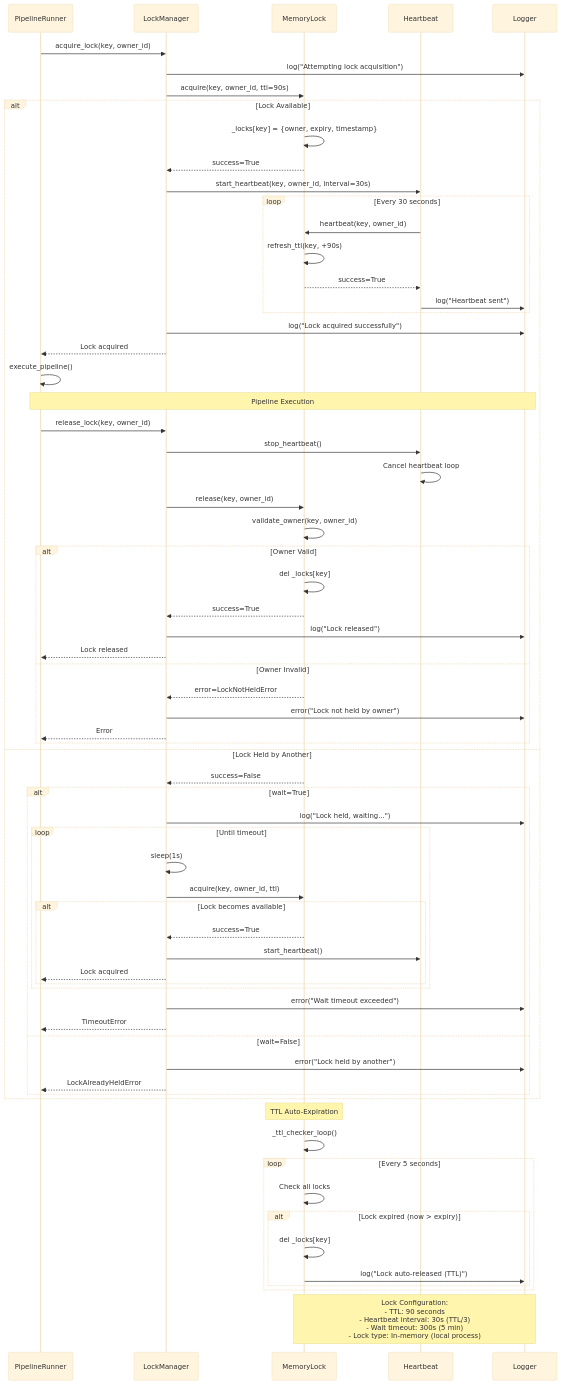
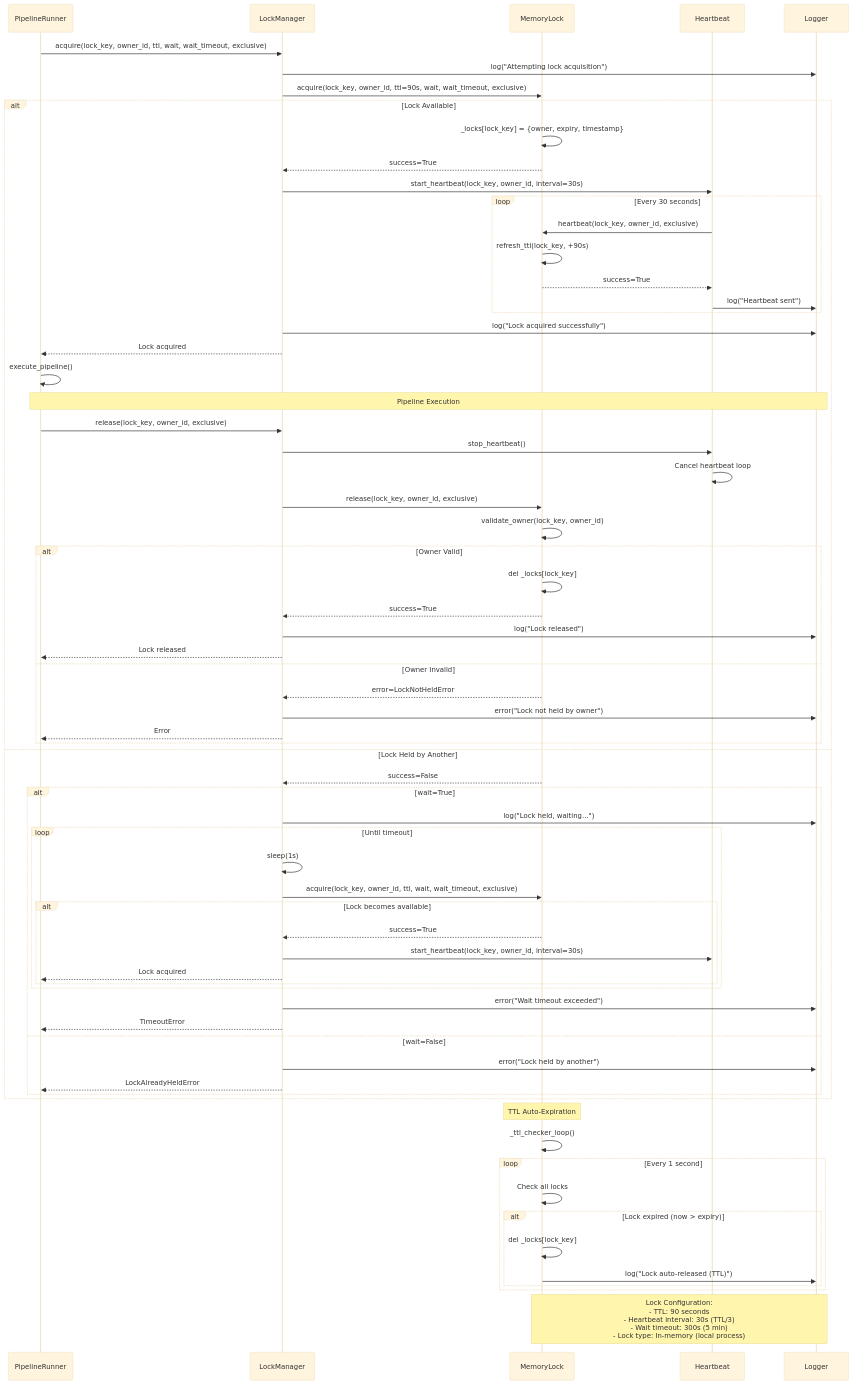
The diagram in docs/diagrams/mermaid/21_lock_acquisition_flow.mmd (SatoryKono/BioactivityDataAcquisition), drawn with Mermaid before and after one commit.

Commit message:
docs(diagrams): align lock acquisition flow with api

```diff
--- a/docs/diagrams/mermaid/21_lock_acquisition_flow.mmd
+++ b/docs/diagrams/mermaid/21_lock_acquisition_flow.mmd
@@ -1,93 +1,93 @@
 %%{init: {'theme':'base', 'themeVariables': { 'fontSize':'13px'}}}%%
 sequenceDiagram
     participant PipelineRunner
     participant LockManager
     participant MemoryLock
     participant Heartbeat
     participant Logger
 
-    PipelineRunner->>LockManager: acquire_lock(key, owner_id)
+    PipelineRunner->>LockManager: acquire(lock_key, owner_id, ttl, wait, wait_timeout, exclusive)
 
     LockManager->>Logger: log("Attempting lock acquisition")
 
-    LockManager->>MemoryLock: acquire(key, owner_id, ttl=90s)
+    LockManager->>MemoryLock: acquire(lock_key, owner_id, ttl=90s, wait, wait_timeout, exclusive)
 
     alt Lock Available
-        MemoryLock->>MemoryLock: _locks[key] = {owner, expiry, timestamp}
+        MemoryLock->>MemoryLock: _locks[lock_key] = {owner, expiry, timestamp}
         MemoryLock-->>LockManager: success=True
 
-        LockManager->>Heartbeat: start_heartbeat(key, owner_id, interval=30s)
+        LockManager->>Heartbeat: start_heartbeat(lock_key, owner_id, interval=30s)
 
         loop Every 30 seconds
-            Heartbeat->>MemoryLock: heartbeat(key, owner_id)
-            MemoryLock->>MemoryLock: refresh_ttl(key, +90s)
+            Heartbeat->>MemoryLock: heartbeat(lock_key, owner_id, exclusive)
+            MemoryLock->>MemoryLock: refresh_ttl(lock_key, +90s)
             MemoryLock-->>Heartbeat: success=True
             Heartbeat->>Logger: log("Heartbeat sent")
         end
 
         LockManager->>Logger: log("Lock acquired successfully")
         LockManager-->>PipelineRunner: Lock acquired
 
         PipelineRunner->>PipelineRunner: execute_pipeline()
 
         Note over PipelineRunner,Logger: Pipeline Execution
 
-        PipelineRunner->>LockManager: release_lock(key, owner_id)
+        PipelineRunner->>LockManager: release(lock_key, owner_id, exclusive)
 
         LockManager->>Heartbeat: stop_heartbeat()
         Heartbeat->>Heartbeat: Cancel heartbeat loop
 
-        LockManager->>MemoryLock: release(key, owner_id)
+        LockManager->>MemoryLock: release(lock_key, owner_id, exclusive)
 
-        MemoryLock->>MemoryLock: validate_owner(key, owner_id)
+        MemoryLock->>MemoryLock: validate_owner(lock_key, owner_id)
 
         alt Owner Valid
-            MemoryLock->>MemoryLock: del _locks[key]
+            MemoryLock->>MemoryLock: del _locks[lock_key]
             MemoryLock-->>LockManager: success=True
             LockManager->>Logger: log("Lock released")
             LockManager-->>PipelineRunner: Lock released
         else Owner Invalid
             MemoryLock-->>LockManager: error=LockNotHeldError
             LockManager->>Logger: error("Lock not held by owner")
             LockManager-->>PipelineRunner: Error
         end
 
     else Lock Held by Another
         MemoryLock-->>LockManager: success=False
 
         alt wait=True
             LockManager->>Logger: log("Lock held, waiting...")
 
             loop Until timeout
                 LockManager->>LockManager: sleep(1s)
-                LockManager->>MemoryLock: acquire(key, owner_id, ttl)
+                LockManager->>MemoryLock: acquire(lock_key, owner_id, ttl, wait, wait_timeout, exclusive)
 
                 alt Lock becomes available
                     MemoryLock-->>LockManager: success=True
-                    LockManager->>Heartbeat: start_heartbeat()
+                    LockManager->>Heartbeat: start_heartbeat(lock_key, owner_id, interval=30s)
                     LockManager-->>PipelineRunner: Lock acquired
                 end
             end
 
             LockManager->>Logger: error("Wait timeout exceeded")
             LockManager-->>PipelineRunner: TimeoutError
 
         else wait=False
             LockManager->>Logger: error("Lock held by another")
             LockManager-->>PipelineRunner: LockAlreadyHeldError
         end
     end
 
     Note over MemoryLock: TTL Auto-Expiration
 
     MemoryLock->>MemoryLock: _ttl_checker_loop()
 
-    loop Every 5 seconds
+    loop Every 1 second
         MemoryLock->>MemoryLock: Check all locks
         alt Lock expired (now > expiry)
-            MemoryLock->>MemoryLock: del _locks[key]
+            MemoryLock->>MemoryLock: del _locks[lock_key]
             MemoryLock->>Logger: log("Lock auto-released (TTL)")
         end
     end
 
     Note over MemoryLock,Logger: Lock Configuration:<br/>- TTL: 90 seconds<br/>- Heartbeat interval: 30s (TTL/3)<br/>- Wait timeout: 300s (5 min)<br/>- Lock type: In-memory (local process)
```
